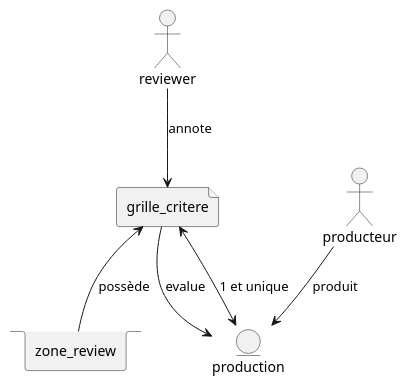
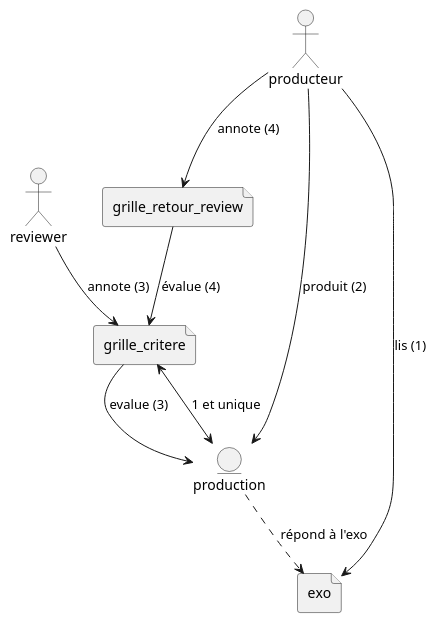
One commit to Jayque17/Peer-Evaluation changed the diagram in uml/effectuer_une_review.puml. Above: the diagram before and after it, drawn with PlantUML. The commit also changed 5 other files, not shown here.

Commit message:
update uml

```diff
--- a/uml/effectuer_une_review.puml
+++ b/uml/effectuer_une_review.puml
@@ -1,17 +1,21 @@
 @startuml
 
 actor reviewer
 actor producteur
 
-stack zone_review
 file grille_critere
 entity production
+file exo 
+file grille_retour_review
 
-producteur --> production : produit
-reviewer --> grille_critere : annote
-grille_critere --> production : evalue
+producteur --> production : produit (2)
+reviewer --> grille_critere : annote (3)
+grille_critere --> production : evalue (3)
 grille_critere <--> production : 1 et unique
-grille_critere <-- zone_review : possède
+producteur --> exo : lis (1)
+production --> exo #line.dashed : répond à l'exo
+producteur --> grille_retour_review : annote (4)
+grille_retour_review --> grille_critere : évalue (4)
 
 
 @enduml
```
